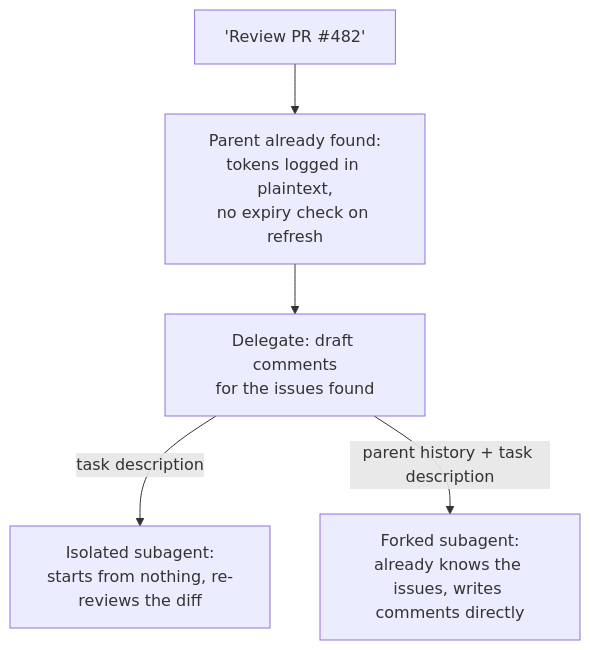
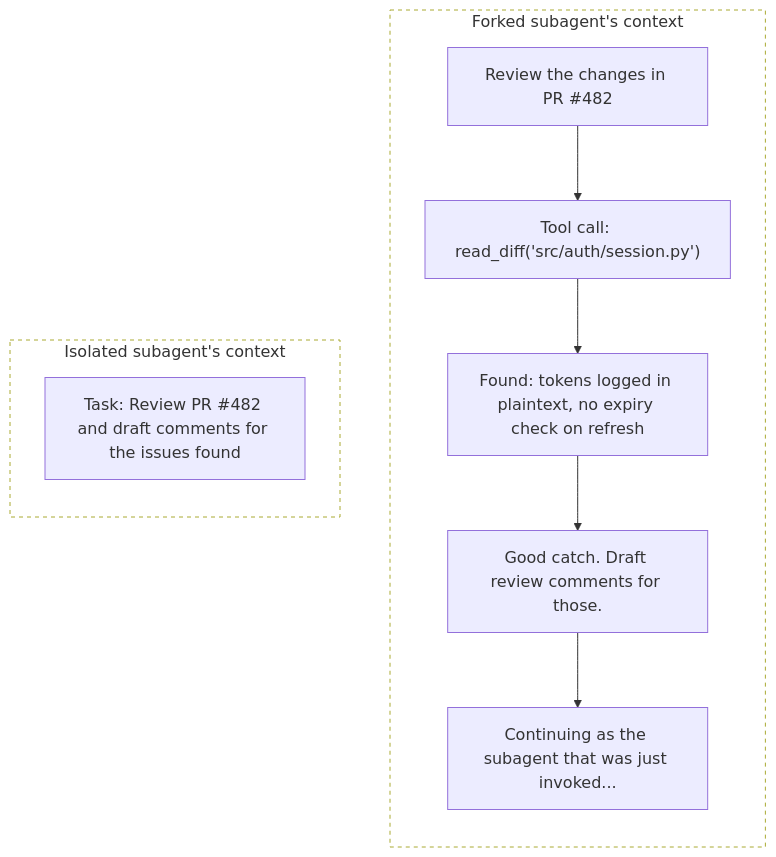
The second of 2 diagrams in src/oss/deepagents/subagents.mdx (Robinhill85/docs), drawn with Mermaid before and after one commit. The commit also changed other lines of this file, not shown here.

Commit message:
docs: rework forked-vs-isolated context diagram and reword forking guidance

````diff
--- a/src/oss/deepagents/subagents.mdx
+++ b/src/oss/deepagents/subagents.mdx
@@ -208,10 +208,22 @@
 ```mermaid
-graph TD
-    Message["'Review PR #482'"]
-    Analysis["Parent already found:<br/>tokens logged in plaintext,<br/>no expiry check on refresh"]
-    Delegate["Delegate: draft comments<br/>for the issues found"]
-    Message --> Analysis --> Delegate
+graph LR
+    subgraph Isolated["Isolated subagent's context"]
+        direction TB
+        I1["Task: Review PR #482 and draft comments for the issues found"]
+    end
 
-    Delegate -->|task description| Isolated["Isolated subagent:<br/>starts from nothing, re-reviews the diff"]
-    Delegate -->|parent history + task description| Fork["Forked subagent:<br/>already knows the issues, writes comments directly"]
+    subgraph Forked["Forked subagent's context"]
+        direction TB
+        F1["Review the changes in PR #482"]
+        F2["Tool call: read_diff('src/auth/session.py')"]
+        F3["Found: tokens logged in plaintext, no expiry check on refresh"]
+        F4["Good catch. Draft review comments for those."]
+        F5["Continuing as the subagent that was just invoked..."]
+        F1 --> F2 --> F3 --> F4 --> F5
+    end
+
+    Isolated ~~~ Forked
+
+    style Isolated fill:none,stroke-dasharray: 4 4
+    style Forked fill:none,stroke-dasharray: 4 4
 ```
````
